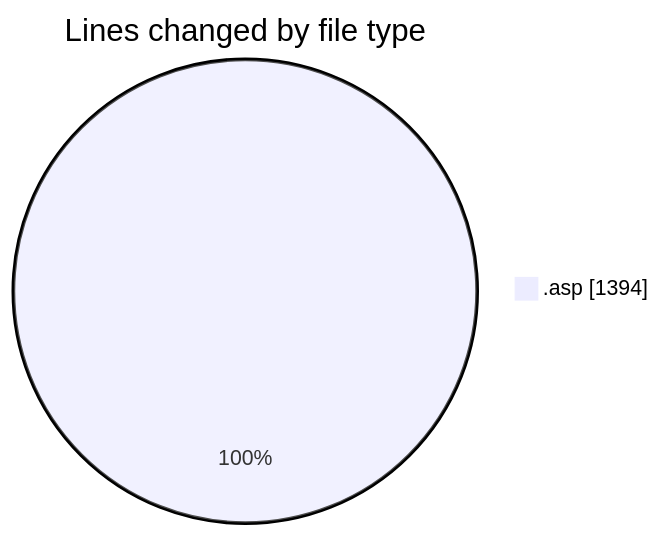
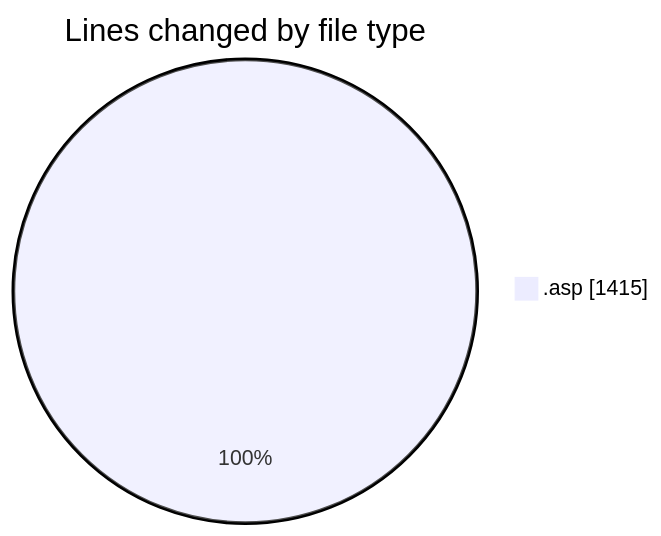
One commit to julien-gomy/code-tracking changed the first of 2 diagrams in 2025-11-23/cdp_aleoudev_fr__workspace_/README.md. Above: the diagram before and after it, drawn with Mermaid. The commit also changed other lines of this file and 1 other file, not shown here.

````diff
--- a/2025-11-23/cdp_aleoudev_fr__workspace_/README.md
+++ b/2025-11-23/cdp_aleoudev_fr__workspace_/README.md
@@ -22,5 +22,5 @@
 ```mermaid
 pie showData
 title Lines changed by file type
-".asp" : 1394
+".asp" : 1415
 ```
````
